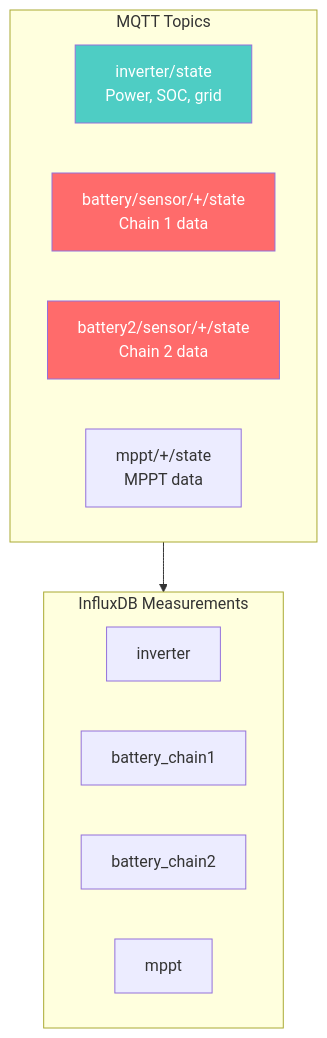
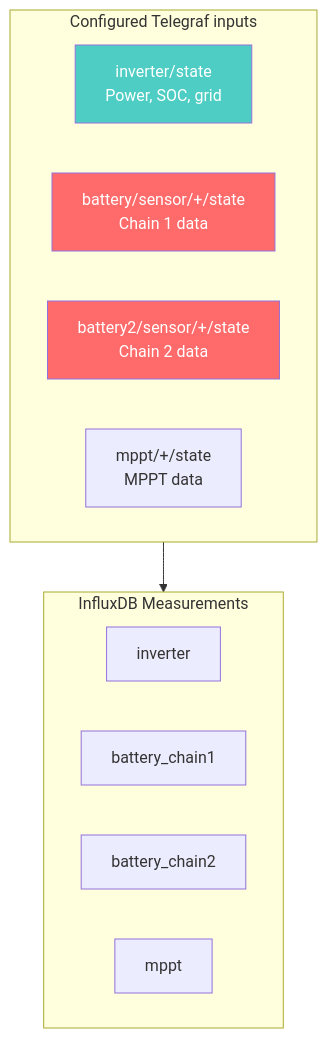
Before and after one commit to victron-venus/inverter-monitoring: the fourth of 4 diagrams in .github/docs/system-architecture.md, drawn with Mermaid. The commit also changed other lines of this file, not shown here.

Commit message:
docs: clarify configured command and telemetry inputs

````diff
--- a/.github/docs/system-architecture.md
+++ b/.github/docs/system-architecture.md
@@ -93,22 +98,22 @@
 ```mermaid
 graph TB
-    subgraph Topics["MQTT Topics"]
+    subgraph Topics["Configured Telegraf inputs"]
         INV["inverter/state<br/>Power, SOC, grid"]
         BAT1["battery/sensor/+/state<br/>Chain 1 data"]
         BAT2["battery2/sensor/+/state<br/>Chain 2 data"]
         MPPT["mppt/+/state<br/>MPPT data"]
     end
 
     subgraph Influx["InfluxDB Measurements"]
         I_INV["inverter"]
         I_BAT1["battery_chain1"]
         I_BAT2["battery_chain2"]
         I_MPPT["mppt"]
     end
 
     Topics --> Influx
 
     style INV fill:#4ecdc4,color:#fff
     style BAT1 fill:#ff6b6b,color:#fff
     style BAT2 fill:#ff6b6b,color:#fff
 ```
````
